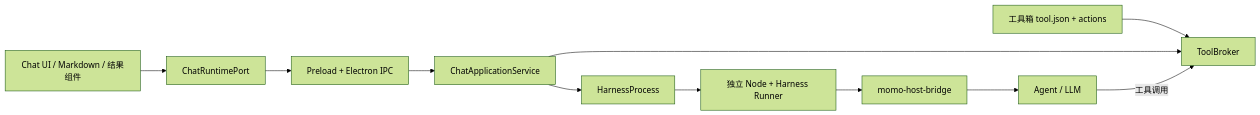
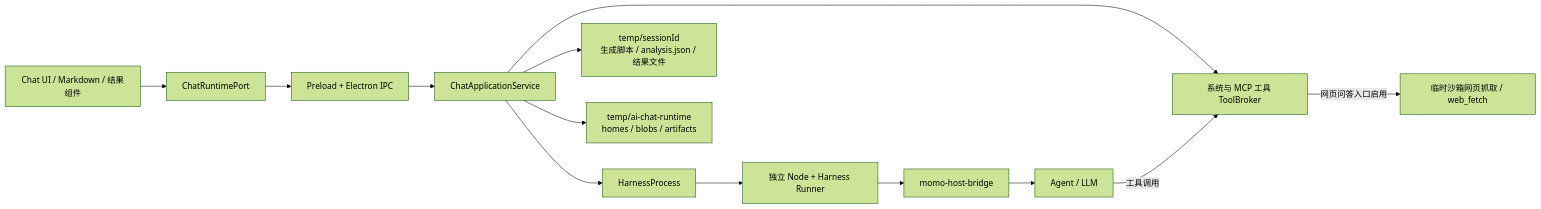
One commit to zhangxinggang/momo-ai changed the first of 4 diagrams in docs/architecture/ai-chat-harness-integration-design.md. Above: the diagram before and after it, drawn with Mermaid (forest theme). The commit also changed other lines of this file and 610 other files, not shown here.

````diff
--- a/docs/architecture/ai-chat-harness-integration-design.md
+++ b/docs/architecture/ai-chat-harness-integration-design.md
@@ -20,13 +20,16 @@
 ```mermaid
 flowchart LR
   UI[Chat UI / Markdown / 结果组件] --> Port[ChatRuntimePort]
   Port --> IPC[Preload + Electron IPC]
   IPC --> Service[ChatApplicationService]
-  Toolbox[工具箱 tool.json + actions] --> Broker[ToolBroker]
+  Broker[系统与 MCP 工具 ToolBroker]
   Service --> Broker
+  Broker -->|网页问答入口启用| WebFetch[临时沙箱网页抓取 / web_fetch]
   Service --> Adapter[HarnessProcess]
   Adapter --> Runner[独立 Node + Harness Runner]
   Runner --> Bridge[momo-host-bridge]
   Bridge --> Agent[Agent / LLM]
   Agent -->|工具调用| Broker
+  Service --> Temp["temp/sessionId<br/>生成脚本 / analysis.json / 结果文件"]
+  Service --> Cache["temp/ai-chat-runtime<br/>homes / blobs / artifacts"]
 ```
````
